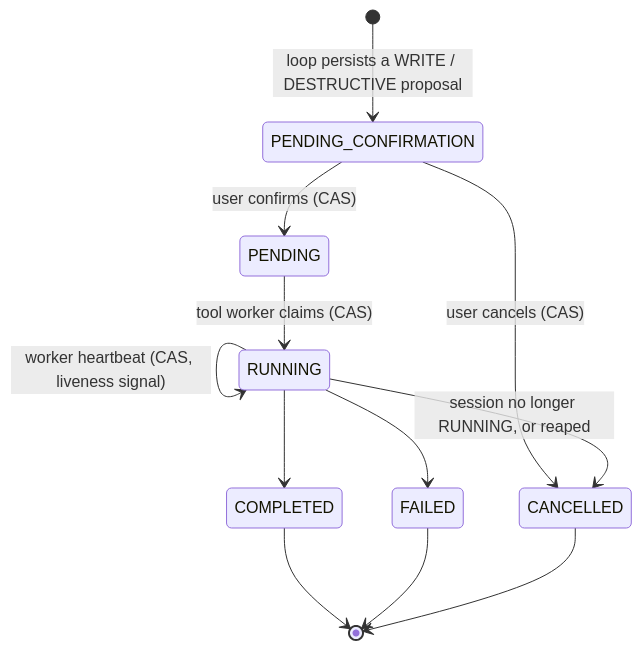
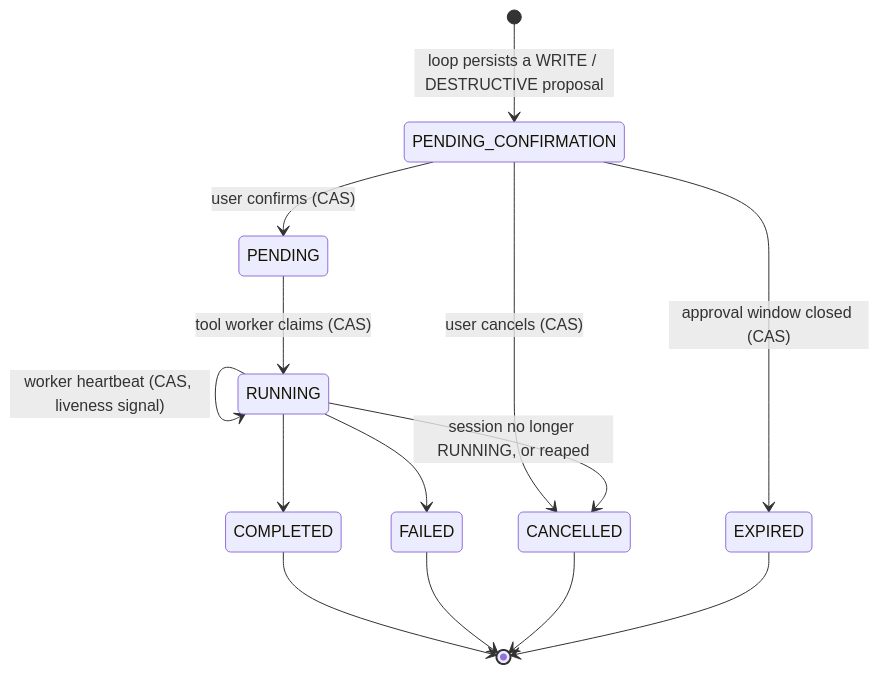
Before and after one commit to Mayur11code/Forge: the fifth of 7 diagrams in forge/docs/architecture/agent/runtime.md, drawn with Mermaid. The commit also changed other lines of this file and 1 other file, not shown here.

First line of the commit message:
docs(agent): document the outbox, approval expiry and recovery gaps

````diff
--- a/forge/docs/architecture/agent/runtime.md
+++ b/forge/docs/architecture/agent/runtime.md
@@ -316,14 +337,16 @@
 ```mermaid
 stateDiagram-v2
     [*] --> PENDING_CONFIRMATION: loop persists a WRITE / DESTRUCTIVE proposal
     PENDING_CONFIRMATION --> PENDING: user confirms (CAS)
     PENDING_CONFIRMATION --> CANCELLED: user cancels (CAS)
+    PENDING_CONFIRMATION --> EXPIRED: approval window closed (CAS)
     PENDING --> RUNNING: tool worker claims (CAS)
     RUNNING --> RUNNING: worker heartbeat (CAS, liveness signal)
     RUNNING --> COMPLETED
     RUNNING --> FAILED
     RUNNING --> CANCELLED: session no longer RUNNING, or reaped
     COMPLETED --> [*]
     FAILED --> [*]
     CANCELLED --> [*]
+    EXPIRED --> [*]
 ```
````
